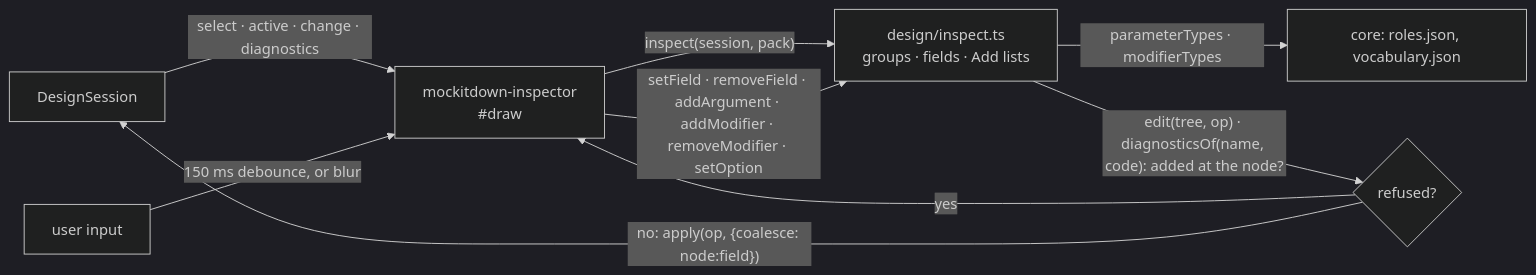
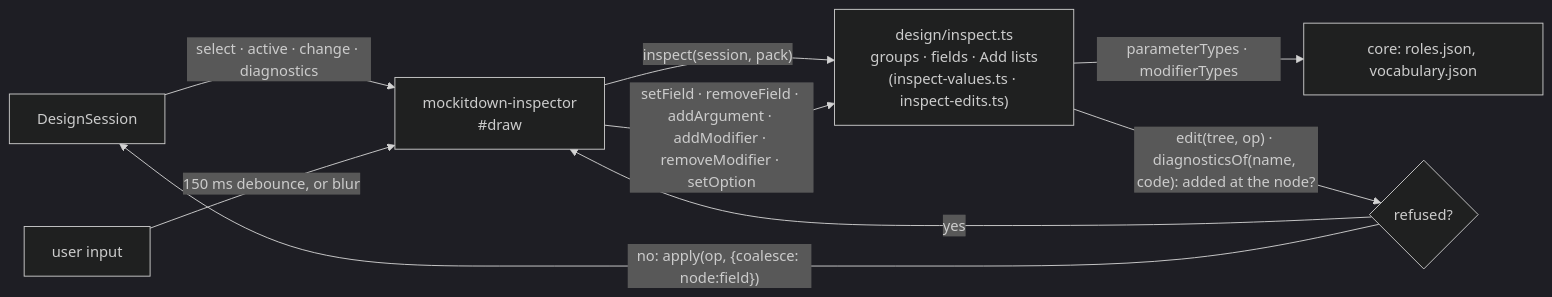
The diagram in implementation/narrative/architecture/inspector.md (bbogovich/mockitdown), drawn with Mermaid (dark theme) before and after one commit. The commit also changed other lines of this file and 3 other files, not shown here.

````diff
--- a/implementation/narrative/architecture/inspector.md
+++ b/implementation/narrative/architecture/inspector.md
@@ -18,11 +18,11 @@
 ```mermaid
 flowchart LR
   s[DesignSession] -- "select · active · change · diagnostics" --> el["mockitdown-inspector<br/>#draw"]
-  el -- "inspect(session, pack)" --> m["design/inspect.ts<br/>groups · fields · Add lists"]
+  el -- "inspect(session, pack)" --> m["design/inspect.ts<br/>groups · fields · Add lists<br/>(inspect-values.ts · inspect-edits.ts)"]
   m -- "parameterTypes · modifierTypes" --> core["core: roles.json, vocabulary.json"]
   u[user input] -- "150 ms debounce, or blur" --> el
   el -- "setField · removeField · addArgument · addModifier · removeModifier · setOption" --> m
   m -- "edit(tree, op) · diagnosticsOf(name, code): added at the node?" --> chk{refused?}
   chk -- yes --> el
   chk -- "no: apply(op, {coalesce: node:field})" --> s
 ```
````
